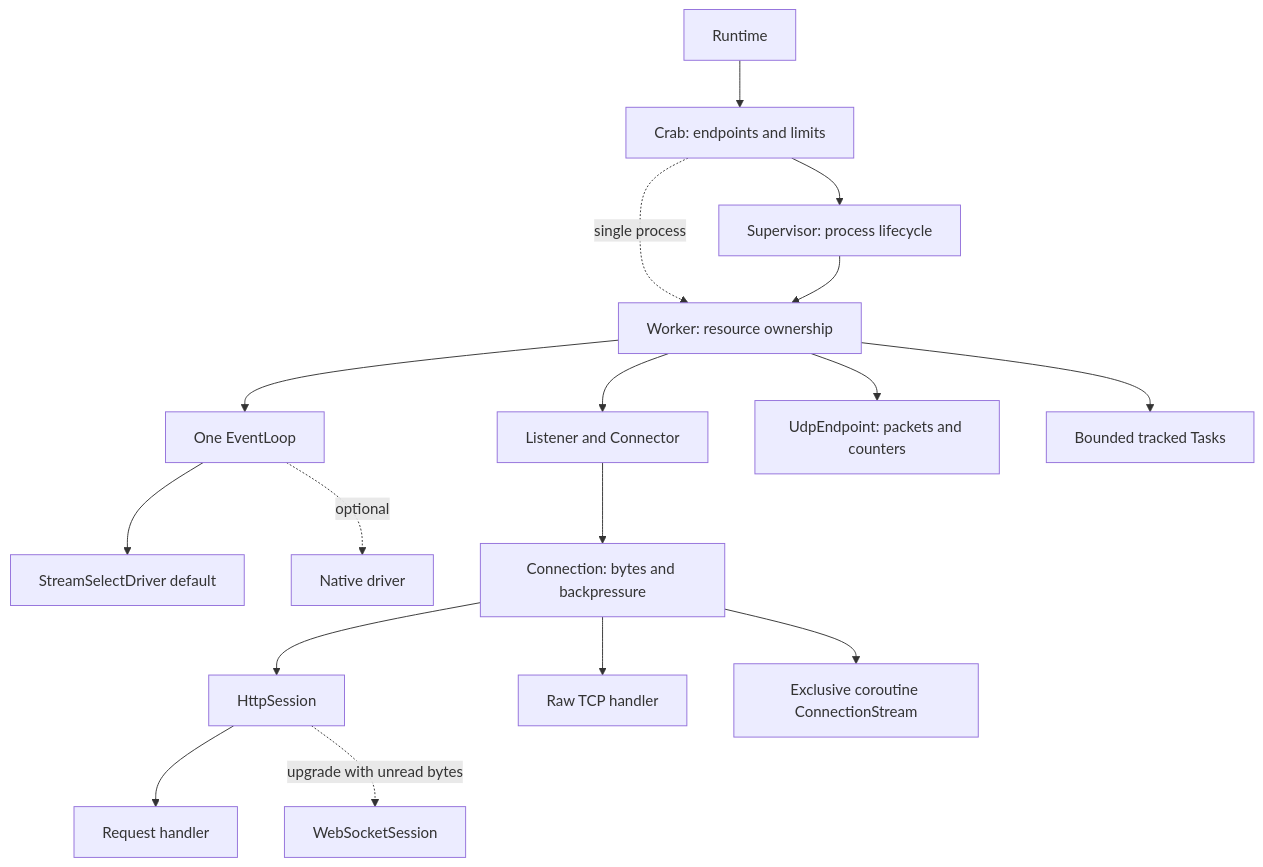
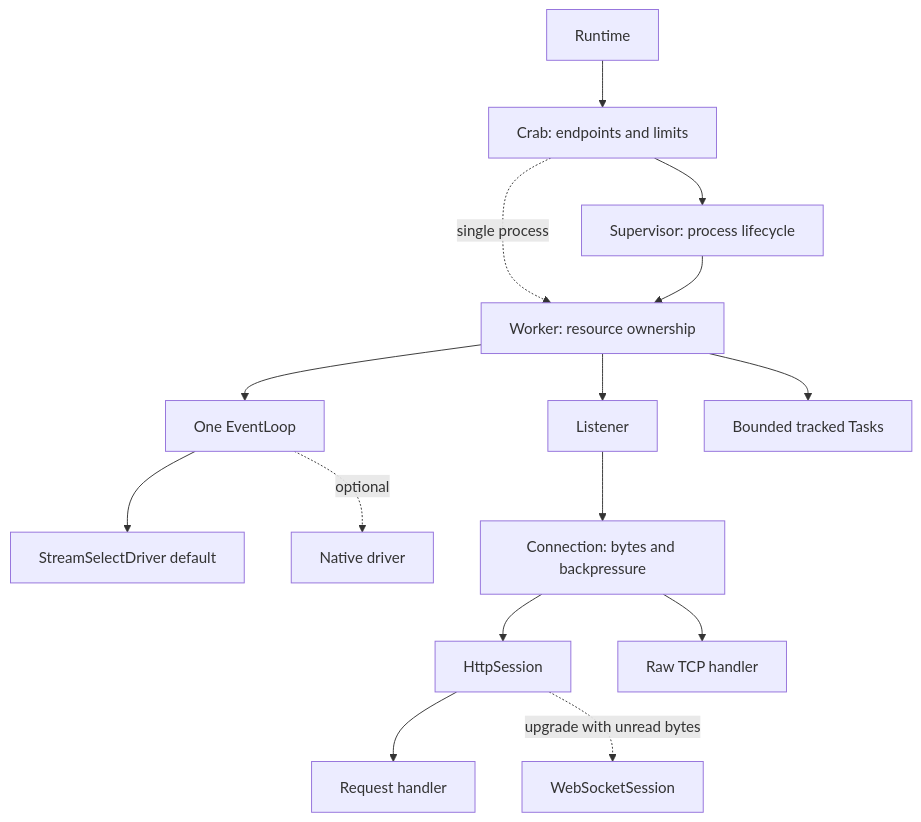
One commit to crabphp/framework changed the diagram in src/Engine/ARCHITECTURE.md. Above: the diagram before and after it, drawn with Mermaid. The commit also changed other lines of this file and 24 other files, not shown here.

First line of the commit message:
Remove UDP, Worker::connect and ConnectionStream from the engine

```diff
--- a/src/Engine/ARCHITECTURE.md
+++ b/src/Engine/ARCHITECTURE.md
@@ -13,19 +13,17 @@
 ~~~mermaid
 flowchart TD
     R[Runtime] --> G[Crab: endpoints and limits]
     G --> S[Supervisor: process lifecycle]
     G -. single process .-> W[Worker: resource ownership]
     S --> W
     W --> D[One EventLoop]
     D --> SD[StreamSelectDriver default]
     D -. optional .-> ND[Native driver]
-    W --> L[Listener and Connector]
+    W --> L[Listener]
     L --> C[Connection: bytes and backpressure]
-    W --> U[UdpEndpoint: packets and counters]
     C --> H[HttpSession]
     H --> HA[Request handler]
     H -. upgrade with unread bytes .-> WS[WebSocketSession]
     C --> RAW[Raw TCP handler]
-    C --> CS[Exclusive coroutine ConnectionStream]
     W --> T[Bounded tracked Tasks]
 ~~~
```
